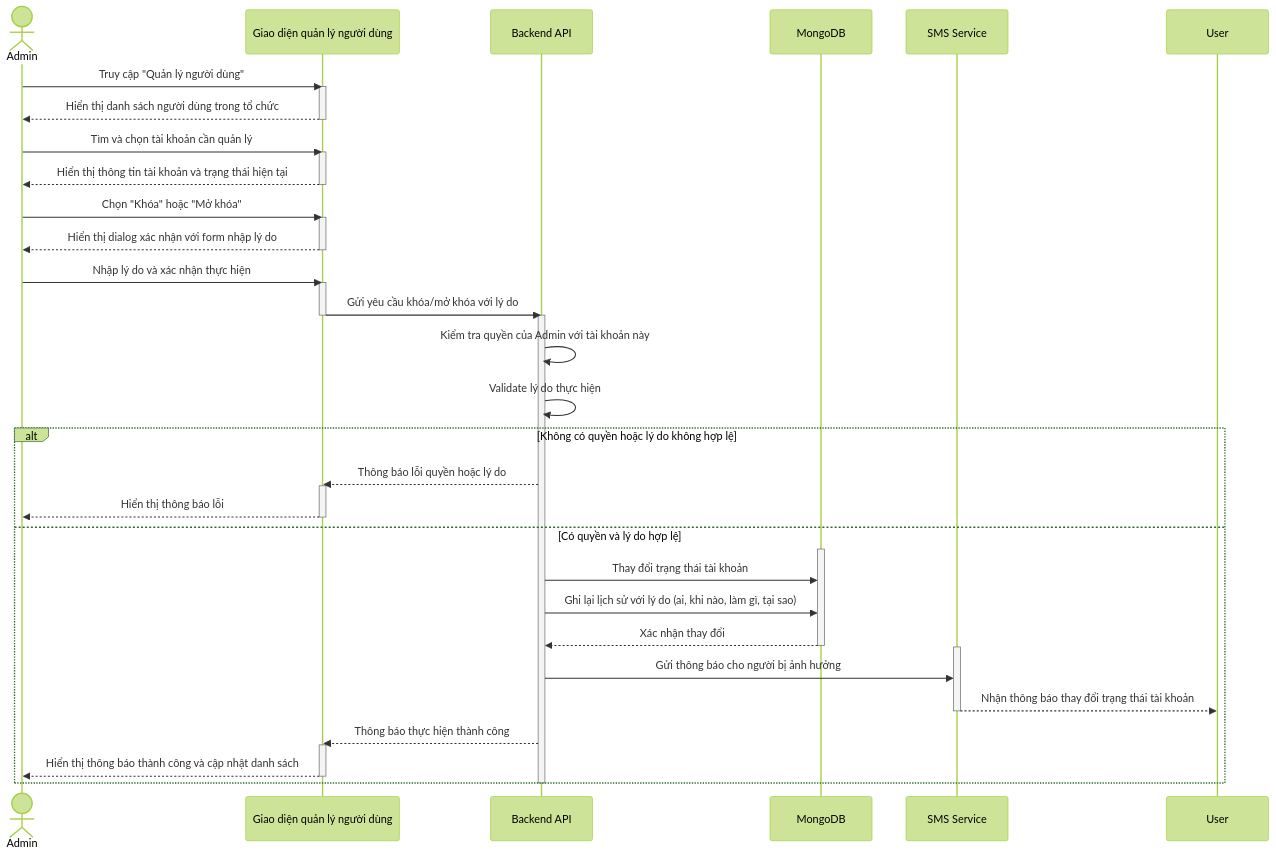
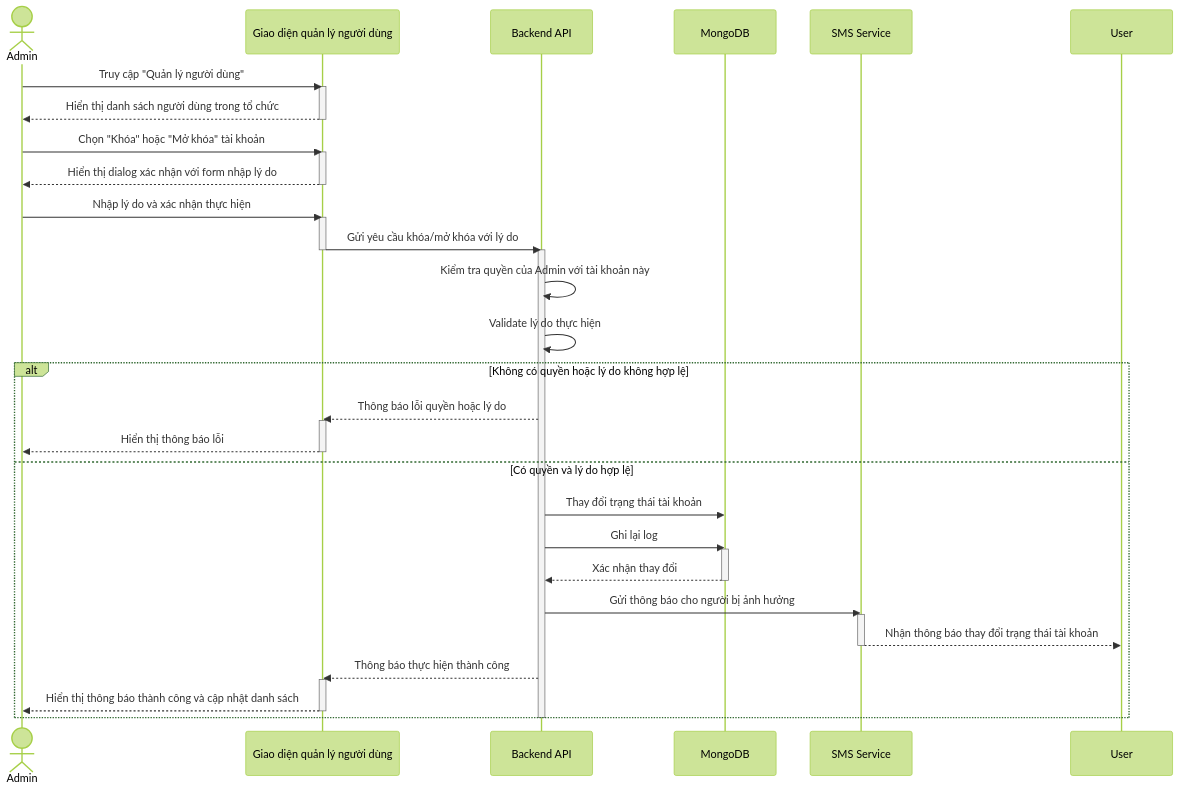
Before and after one commit to Thienpkae/DATN: the eighth of 39 diagrams in Complete_Use_Case_Sequence_Diagrams.md, drawn with Mermaid (forest theme). The commit also changed other lines of this file and 50 other files, not shown here.

````diff
--- a/Complete_Use_Case_Sequence_Diagrams.md
+++ b/Complete_Use_Case_Sequence_Diagrams.md
@@ -676,57 +610,52 @@
 ```mermaid
 sequenceDiagram
     actor Admin as Admin
     participant UI as Giao diện quản lý người dùng
     participant API as Backend API
     participant DB as MongoDB
     participant SMS as SMS Service
 
     Admin ->> UI: Truy cập "Quản lý người dùng"
     activate UI
     UI -->> Admin: Hiển thị danh sách người dùng trong tổ chức
     deactivate UI
 
-    Admin ->> UI: Tìm và chọn tài khoản cần quản lý
-    activate UI
-    UI -->> Admin: Hiển thị thông tin tài khoản và trạng thái hiện tại
-    deactivate UI
-
-    Admin ->> UI: Chọn "Khóa" hoặc "Mở khóa"
+    Admin ->> UI: Chọn "Khóa" hoặc "Mở khóa" tài khoản
     activate UI
     UI -->> Admin: Hiển thị dialog xác nhận với form nhập lý do
     deactivate UI
 
     Admin ->> UI: Nhập lý do và xác nhận thực hiện
     activate UI
     UI ->> API: Gửi yêu cầu khóa/mở khóa với lý do
     deactivate UI
 
     activate API
     API ->> API: Kiểm tra quyền của Admin với tài khoản này
     API ->> API: Validate lý do thực hiện
 
     alt Không có quyền hoặc lý do không hợp lệ
         API -->> UI: Thông báo lỗi quyền hoặc lý do
         activate UI
         UI -->> Admin: Hiển thị thông báo lỗi
         deactivate UI
     else Có quyền và lý do hợp lệ
+        API ->> DB: Thay đổi trạng thái tài khoản
+        API ->> DB: Ghi lại log
         activate DB
-        API ->> DB: Thay đổi trạng thái tài khoản
-        API ->> DB: Ghi lại lịch sử với lý do (ai, khi nào, làm gì, tại sao)
         DB -->> API: Xác nhận thay đổi
         deactivate DB
 
+        API ->> SMS: Gửi thông báo cho người bị ảnh hưởng
         activate SMS
-        API ->> SMS: Gửi thông báo cho người bị ảnh hưởng
         SMS -->> User: Nhận thông báo thay đổi trạng thái tài khoản
         deactivate SMS
 
         API -->> UI: Thông báo thực hiện thành công
         activate UI
         UI -->> Admin: Hiển thị thông báo thành công và cập nhật danh sách
         deactivate UI
     end
 
     deactivate API
 ```
````
